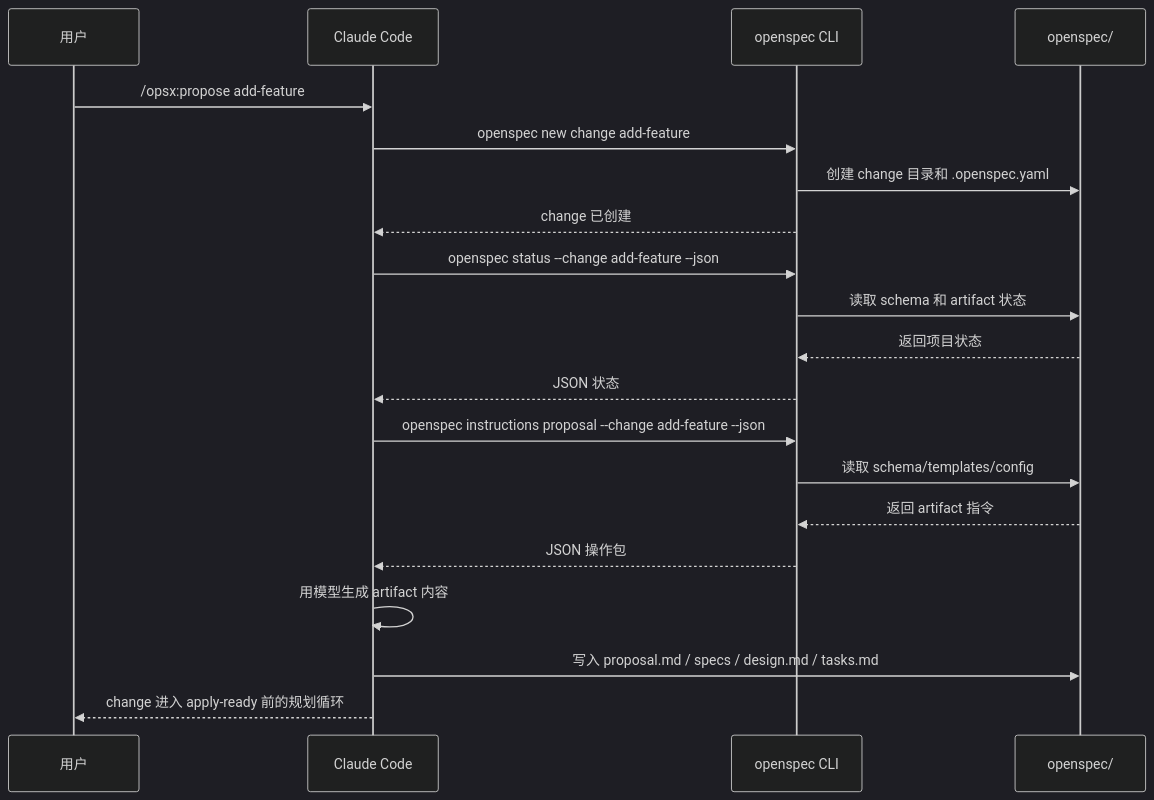
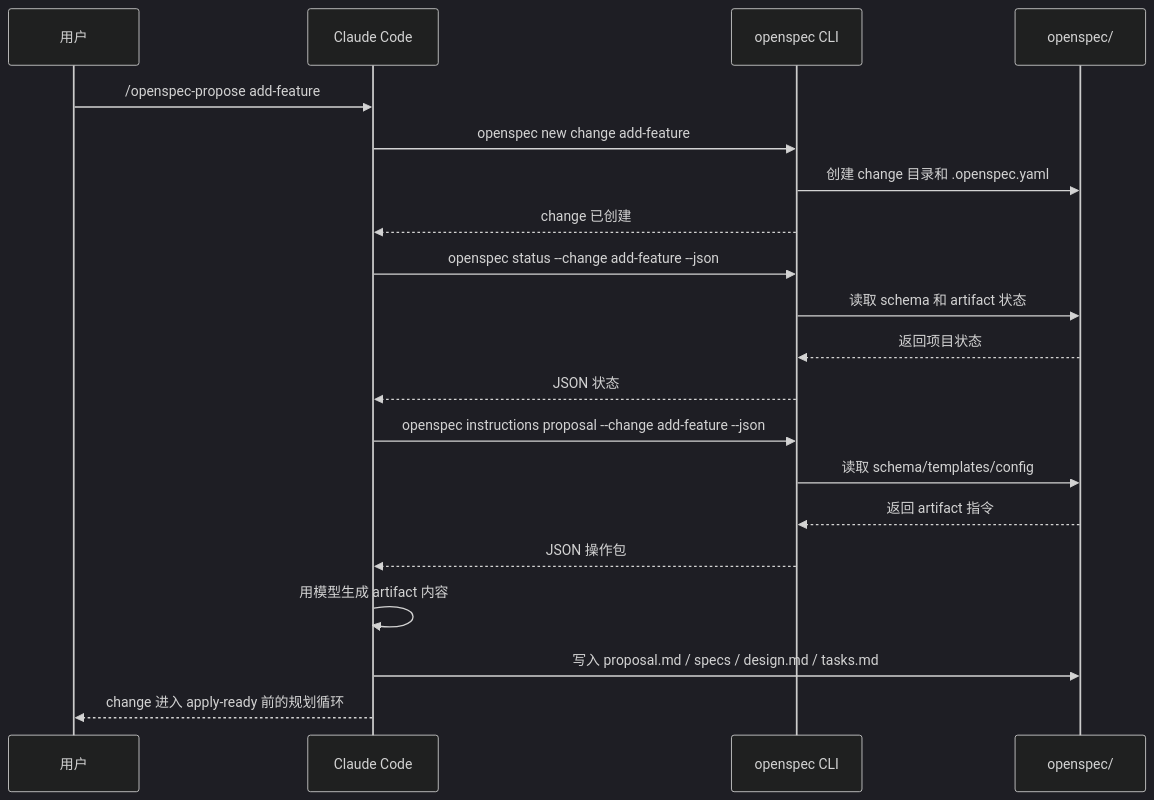
The second of 2 diagrams in _openspec_handbook/50-实战-claude-code-里的-openspec-到底怎么落地.md (ethan-jiang-3/OpenSpec), drawn with Mermaid (dark theme) before and after one commit. The commit also changed other lines of this file and 63 other files, not shown here.

````diff
--- a/_openspec_handbook/50-实战-claude-code-里的-openspec-到底怎么落地.md
+++ b/_openspec_handbook/50-实战-claude-code-里的-openspec-到底怎么落地.md
@@ -199,26 +199,26 @@
 ```mermaid
 sequenceDiagram
     participant User as 用户
     participant Claude as Claude Code
     participant CLI as openspec CLI
     participant Files as openspec/
 
-    User->>Claude: /opsx:propose add-feature
+    User->>Claude: /openspec-propose add-feature
     Claude->>CLI: openspec new change add-feature
     CLI->>Files: 创建 change 目录和 .openspec.yaml
     CLI-->>Claude: change 已创建
 
     Claude->>CLI: openspec status --change add-feature --json
     CLI->>Files: 读取 schema 和 artifact 状态
     Files-->>CLI: 返回项目状态
     CLI-->>Claude: JSON 状态
 
     Claude->>CLI: openspec instructions proposal --change add-feature --json
     CLI->>Files: 读取 schema/templates/config
     Files-->>CLI: 返回 artifact 指令
     CLI-->>Claude: JSON 操作包
 
     Claude->>Claude: 用模型生成 artifact 内容
     Claude->>Files: 写入 proposal.md / specs / design.md / tasks.md
     Claude-->>User: change 进入 apply-ready 前的规划循环
 ```
````
